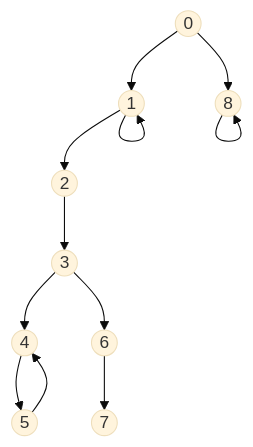
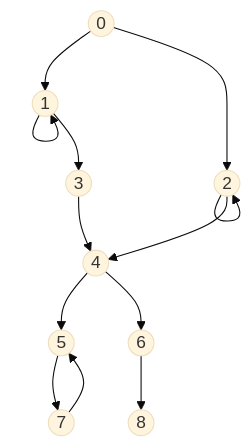
Before and after one commit to illustager/GameGraphSolver: the diagram in examples/README_CN.md, drawn with Mermaid (base theme). The commit also changed 2 other files, not shown here.

Commit message:
Change id of positions in example00

````diff
--- a/examples/README_CN.md
+++ b/examples/README_CN.md
@@ -15,14 +15,15 @@
 ```mermaid
 graph TD;
     0((0)) --> 1((1))
-	0((0)) --> 8((8))
+	0((0)) --> 2((2))
 	1((1)) --> 1((1))
-	1((1)) --> 2((2))
-	2((2)) --> 3((3))
+	1((1)) --> 3((3))
+	2((2)) --> 2((2))
+	2((2)) --> 4((4))
 	3((3)) --> 4((4))
-	3((3)) --> 6((6))
 	4((4)) --> 5((5))
-	5((5)) --> 4((4))
-	6((6)) --> 7((7))
-	8((8)) --> 8((8))
+	4((4)) --> 6((6))
+	5((5)) --> 7((7))
+	6((6)) --> 8((8))
+	7((7)) --> 5((5))
 ```
````
